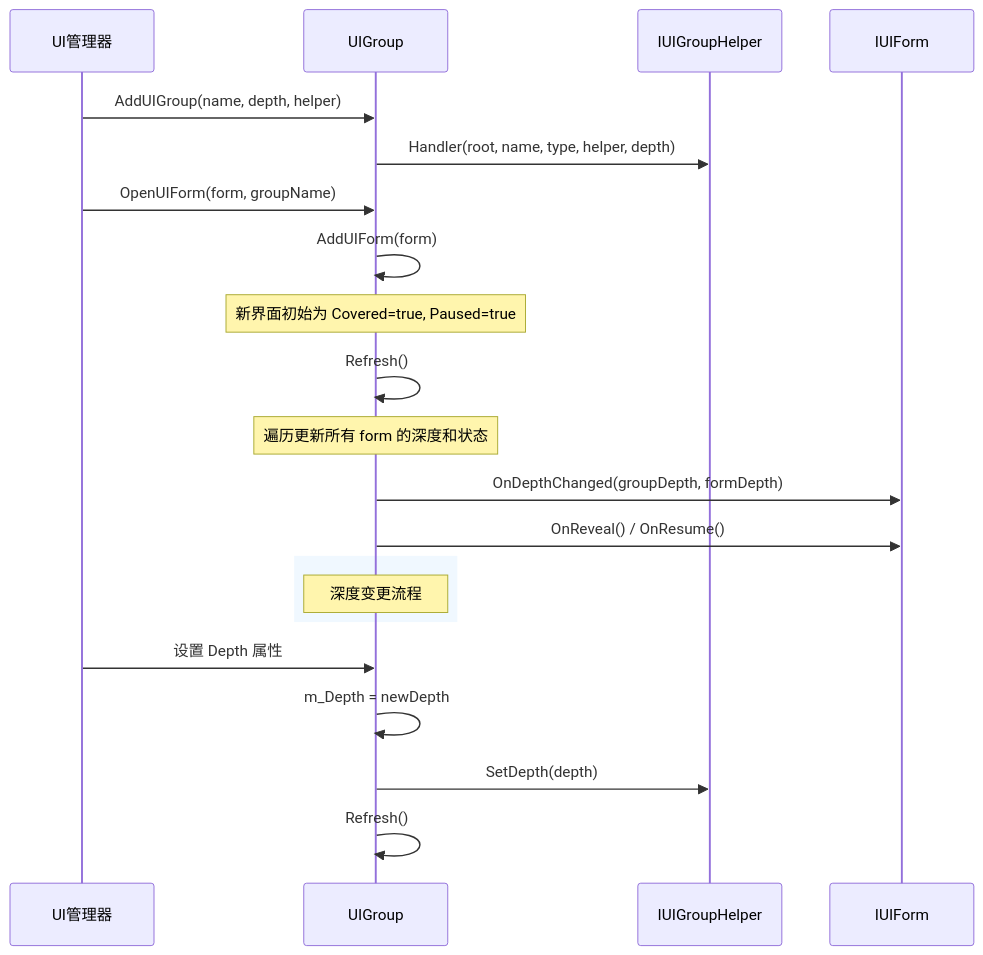
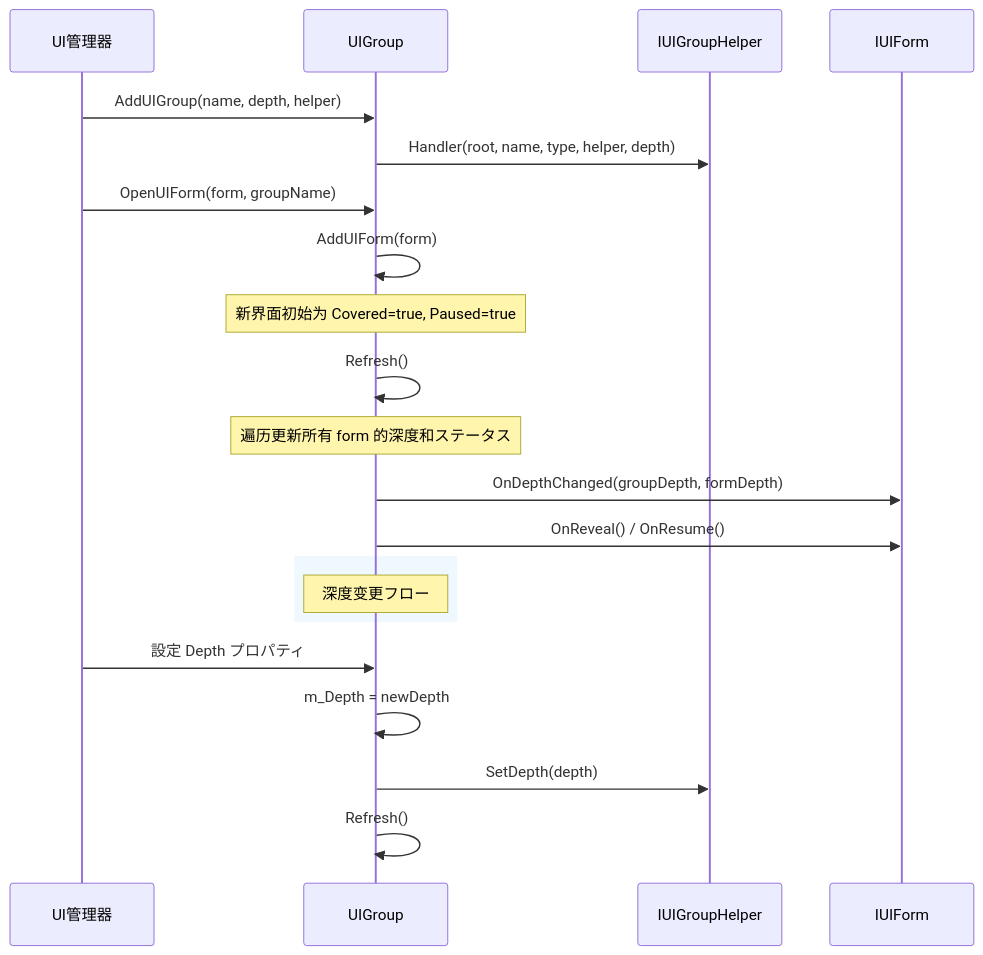
One commit to AlianBlank/GameFrameX.Docs changed the second of 3 diagrams in docs/ja/client/unity/component/ui/10.ui-group-hierarchy.md. Above: the diagram before and after it, drawn with Mermaid. The commit also changed other lines of this file and 603 other files, not shown here.

````diff
--- a/docs/ja/client/unity/component/ui/10.ui-group-hierarchy.md
+++ b/docs/ja/client/unity/component/ui/10.ui-group-hierarchy.md
@@ -64,26 +64,26 @@
 ```mermaid
 sequenceDiagram
     participant M as UI管理器
     participant G as UIGroup
     participant H as IUIGroupHelper
     participant F as IUIForm
 
     M->>G: AddUIGroup(name, depth, helper)
     G->>H: Handler(root, name, type, helper, depth)
     M->>G: OpenUIForm(form, groupName)
     G->>G: AddUIForm(form)
     Note over G: 新界面初始为 Covered=true, Paused=true
     G->>G: Refresh()
-    Note over G: 遍历更新所有 form 的深度和状态
+    Note over G: 遍历更新所有 form 的深度和ステータス
     G->>F: OnDepthChanged(groupDepth, formDepth)
     G->>F: OnReveal() / OnResume()
 
     rect rgb(240, 248, 255)
-    Note over G: 深度变更流程
+    Note over G: 深度变更フロー
     end
 
-    M->>G: 设置 Depth 属性
+    M->>G: 設定 Depth プロパティ
     G->>G: m_Depth = newDepth
     G->>H: SetDepth(depth)
     G->>G: Refresh()
 ```
````
